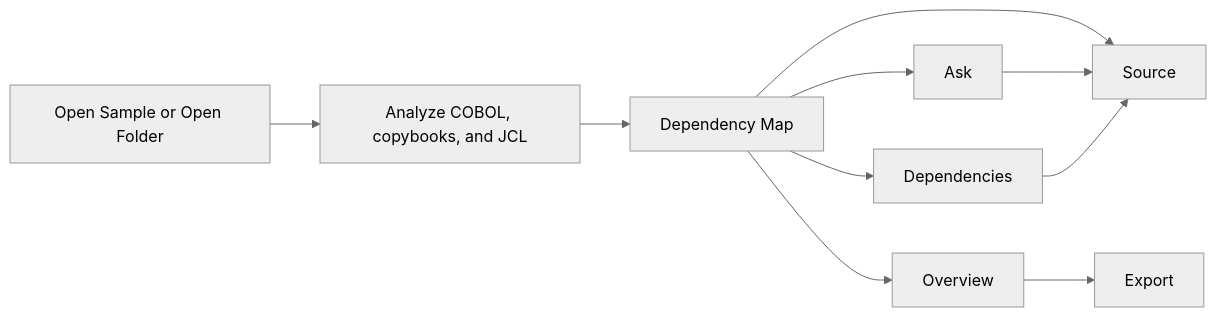
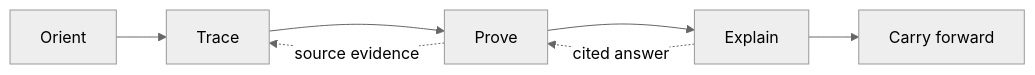
Before and after one commit to chrissotraidis/cobolens: the first of 2 diagrams in README.md, drawn with Mermaid (neutral theme). The commit also changed other lines of this file and 350 other files, not shown here.

````diff
--- a/README.md
+++ b/README.md
@@ -41,12 +107,9 @@
 ```mermaid
 flowchart LR
-  A["Open Sample or Open Folder"] --> B["Analyze COBOL, copybooks, and JCL"]
-  B --> C["Dependency Map"]
-  C --> D["Source"]
-  C --> E["Overview"]
-  C --> F["Ask"]
-  C --> G["Dependencies"]
-  E --> H["Export"]
-  F --> D
-  G --> D
+  A["Orient"] --> B["Trace"]
+  B --> C["Prove"]
+  C --> D["Explain"]
+  D --> E["Carry forward"]
+  C -. "source evidence" .-> B
+  D -. "cited answer" .-> C
 ```
````
